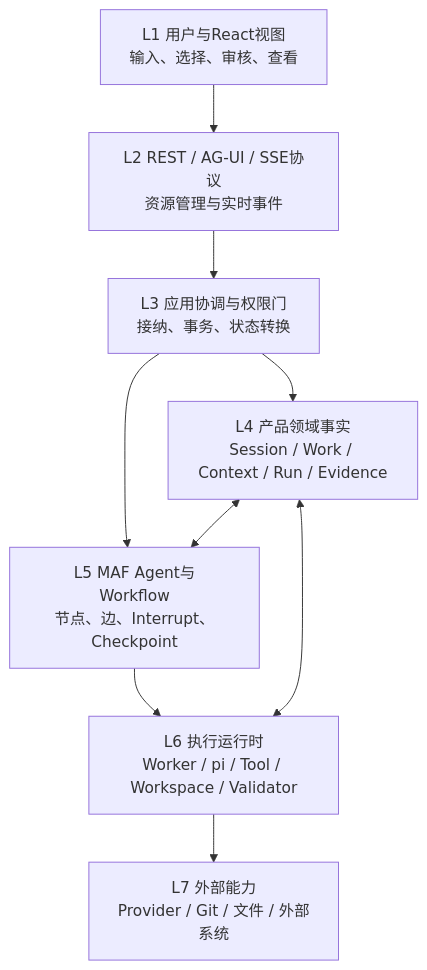
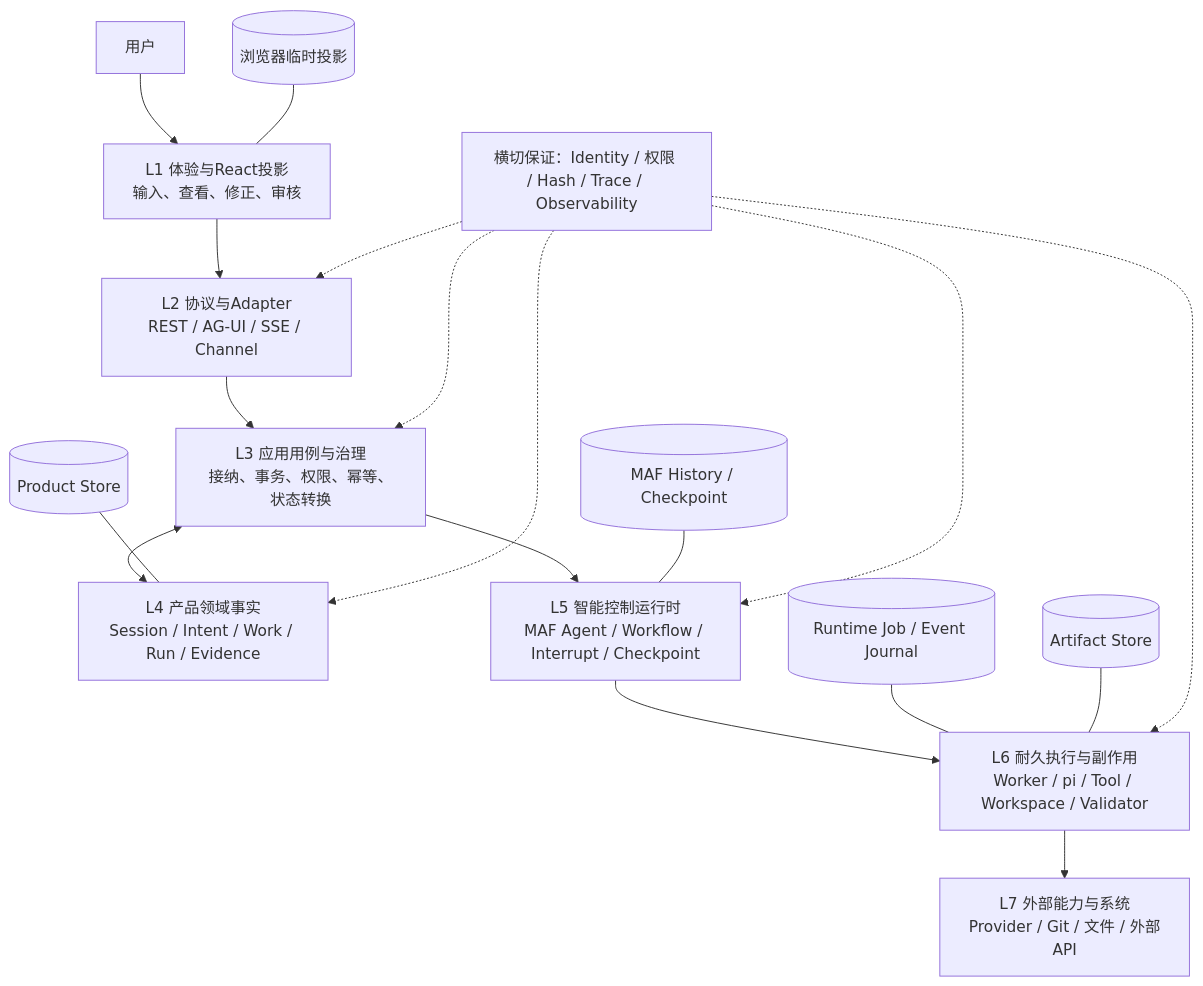
The fourth of 11 diagrams in 项目掌握/架构与模块/Chat总体架构与一次点击的七层链路.md (later-3/Chat), drawn with Mermaid before and after one commit. The commit also changed other lines of this file and 2 other files, not shown here.

````diff
--- a/项目掌握/架构与模块/Chat总体架构与一次点击的七层链路.md
+++ b/项目掌握/架构与模块/Chat总体架构与一次点击的七层链路.md
@@ -34,16 +216,28 @@
 ```mermaid
 flowchart TB
-    L1["L1 用户与React视图\n输入、选择、审核、查看"]
-    L2["L2 REST / AG-UI / SSE协议\n资源管理与实时事件"]
-    L3["L3 应用协调与权限门\n接纳、事务、状态转换"]
-    L4["L4 产品领域事实\nSession / Work / Context / Run / Evidence"]
-    L5["L5 MAF Agent与Workflow\n节点、边、Interrupt、Checkpoint"]
-    L6["L6 执行运行时\nWorker / pi / Tool / Workspace / Validator"]
-    L7["L7 外部能力\nProvider / Git / 文件 / 外部系统"]
+    U["用户"] --> L1
+    L1["L1 体验与React投影\n输入、查看、修正、审核"]
+    L2["L2 协议与Adapter\nREST / AG-UI / SSE / Channel"]
+    L3["L3 应用用例与治理\n接纳、事务、权限、幂等、状态转换"]
+    L4["L4 产品领域事实\nSession / Intent / Work / Run / Evidence"]
+    L5["L5 智能控制运行时\nMAF Agent / Workflow / Interrupt / Checkpoint"]
+    L6["L6 耐久执行与副作用\nWorker / pi / Tool / Workspace / Validator"]
+    L7["L7 外部能力与系统\nProvider / Git / 文件 / 外部API"]
 
     L1 --> L2 --> L3
-    L3 --> L4
+    L3 <--> L4
     L3 --> L5 --> L6 --> L7
-    L4 <--> L5
-    L4 <--> L6
+
+    ProductStore[("Product Store")] --- L4
+    RuntimeStore[("Runtime Job / Event Journal")] --- L6
+    Checkpoint[("MAF History / Checkpoint")] --- L5
+    ArtifactStore[("Artifact Store")] --- L6
+    BrowserStore[("浏览器临时投影")] --- L1
+
+    Guard["横切保证：Identity / 权限 / Hash / Trace / Observability"]
+    Guard -.-> L2
+    Guard -.-> L3
+    Guard -.-> L4
+    Guard -.-> L5
+    Guard -.-> L6
 ```
````
